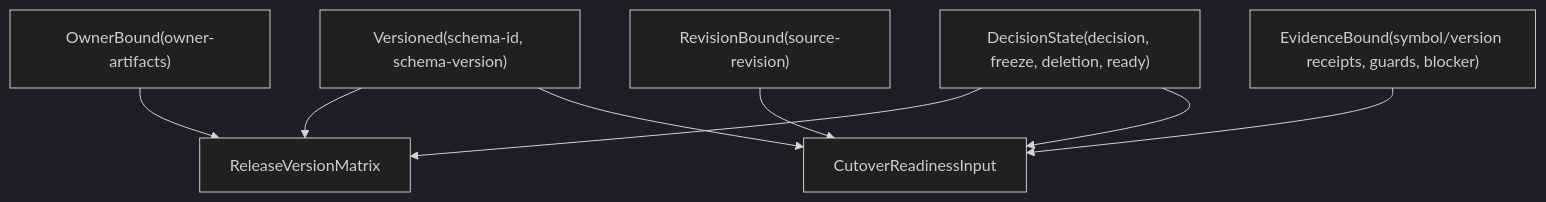
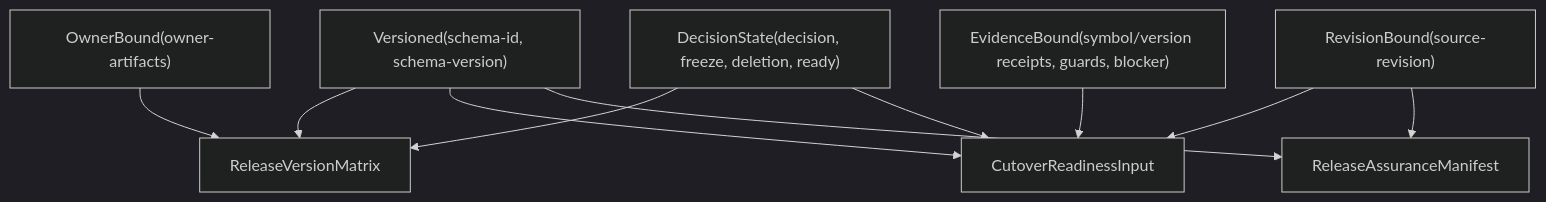
The diagram in docs/10-19-design/10.06-poo-module-system/135-qualification-poo-capability-composition.org (tao3k/poo-flow), drawn with Mermaid (dark theme) before and after one commit. The commit also changed other lines of this file and 2 other files, not shown here.

Commit message:
refactor: compose release assurance capabilities

```diff
--- a/docs/10-19-design/10.06-poo-module-system/135-qualification-poo-capability-composition.org
+++ b/docs/10-19-design/10.06-poo-module-system/135-qualification-poo-capability-composition.org
@@ -19,19 +19,22 @@
 #+begin_src mermaid
 flowchart TD
     V["Versioned(schema-id, schema-version)"]
     R["RevisionBound(source-revision)"]
     O["OwnerBound(owner-artifacts)"]
     E["EvidenceBound(symbol/version receipts, guards, blocker)"]
     D["DecisionState(decision, freeze, deletion, ready)"]
 
     M["ReleaseVersionMatrix"]
     C["CutoverReadinessInput"]
+    A["ReleaseAssuranceManifest"]
 
     V --> M
     O --> M
     D --> M
     V --> C
     R --> C
     E --> C
     D --> C
+    V --> A
+    R --> A
 #+end_src
```
